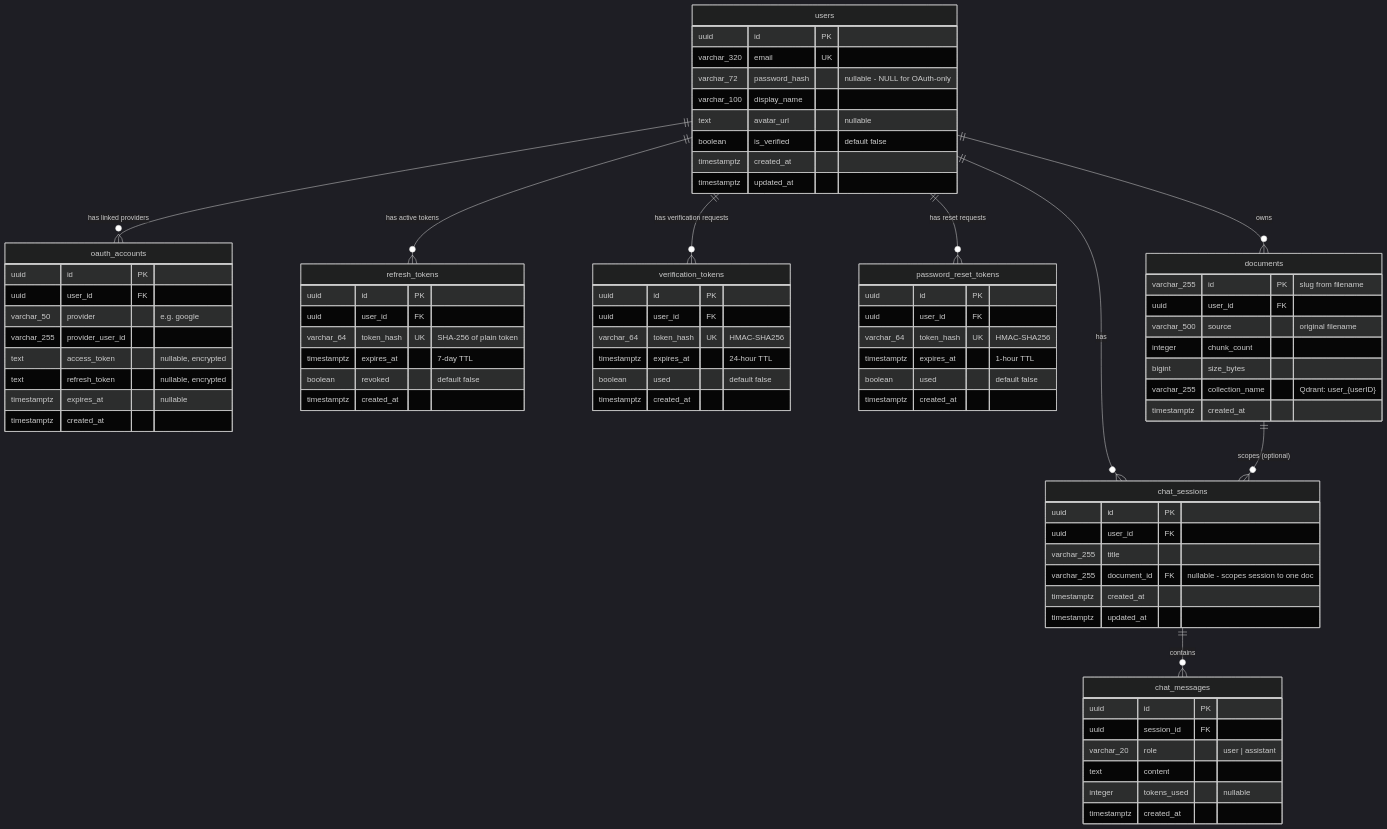
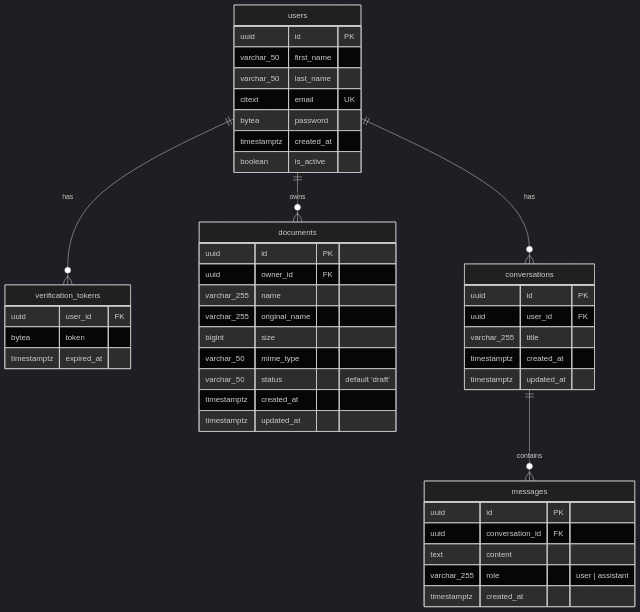
Before and after one commit to ABDELRAHMAN-ELRAYES/Vai: the diagram in docs/diagrams/ERD.md, drawn with Mermaid (dark theme). The commit also changed other lines of this file and 14 other files, not shown here.

````diff
--- a/docs/diagrams/ERD.md
+++ b/docs/diagrams/ERD.md
@@ -14,87 +14,50 @@
 erDiagram
     users {
         uuid id PK
-        varchar_320 email UK
-        varchar_72 password_hash "nullable - NULL for OAuth-only"
-        varchar_100 display_name
-        text avatar_url "nullable"
-        boolean is_verified "default false"
+        varchar_50 first_name
+        varchar_50 last_name
+        citext email UK
+        bytea password
+        timestamptz created_at
+        boolean is_active
+    }
+
+    verification_tokens {
+        uuid user_id FK
+        bytea token
+        timestamptz expired_at
+    }
+
+    documents {
+        uuid id PK
+        uuid owner_id FK
+        varchar_255 name
+        varchar_255 original_name
+        bigint size
+        varchar_50 mime_type
+        varchar_50 status "default 'draft'"
         timestamptz created_at
         timestamptz updated_at
     }
 
-    oauth_accounts {
-        uuid id PK
-        uuid user_id FK
-        varchar_50 provider "e.g. google"
-        varchar_255 provider_user_id
-        text access_token "nullable, encrypted"
-        text refresh_token "nullable, encrypted"
-        timestamptz expires_at "nullable"
-        timestamptz created_at
-    }
-
-    refresh_tokens {
-        uuid id PK
-        uuid user_id FK
-        varchar_64 token_hash UK "SHA-256 of plain token"
-        timestamptz expires_at "7-day TTL"
-        boolean revoked "default false"
-        timestamptz created_at
-    }
-
-    verification_tokens {
-        uuid id PK
-        uuid user_id FK
-        varchar_64 token_hash UK "HMAC-SHA256"
-        timestamptz expires_at "24-hour TTL"
-        boolean used "default false"
-        timestamptz created_at
-    }
-
-    password_reset_tokens {
-        uuid id PK
-        uuid user_id FK
-        varchar_64 token_hash UK "HMAC-SHA256"
-        timestamptz expires_at "1-hour TTL"
-        boolean used "default false"
-        timestamptz created_at
-    }
-
-    documents {
-        varchar_255 id PK "slug from filename"
-        uuid user_id FK
-        varchar_500 source "original filename"
-        integer chunk_count
-        bigint size_bytes
-        varchar_255 collection_name "Qdrant: user_{userID}"
-        timestamptz created_at
-    }
-
-    chat_sessions {
+    conversations {
         uuid id PK
         uuid user_id FK
         varchar_255 title
-        varchar_255 document_id FK "nullable - scopes session to one doc"
         timestamptz created_at
         timestamptz updated_at
     }
 
-    chat_messages {
+    messages {
         uuid id PK
-        uuid session_id FK
-        varchar_20 role "user | assistant"
+        uuid conversation_id FK
         text content
-        integer tokens_used "nullable"
+        varchar_255 role "user | assistant"
         timestamptz created_at
     }
 
-    users ||--o{ oauth_accounts : "has linked providers"
-    users ||--o{ refresh_tokens : "has active tokens"
-    users ||--o{ verification_tokens : "has verification requests"
-    users ||--o{ password_reset_tokens : "has reset requests"
+    users ||--o{ verification_tokens : "has"
     users ||--o{ documents : "owns"
-    users ||--o{ chat_sessions : "has"
-    documents ||--o{ chat_sessions : "scopes (optional)"
-    chat_sessions ||--o{ chat_messages : "contains"
+    users ||--o{ conversations : "has"
+    conversations ||--o{ messages : "contains"
 ```
````
